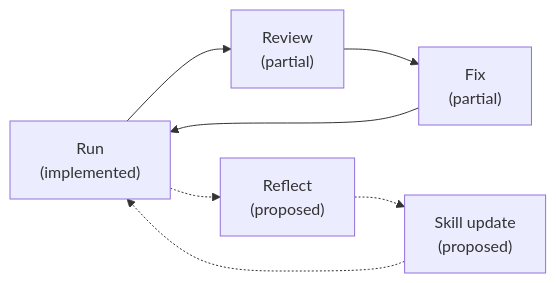
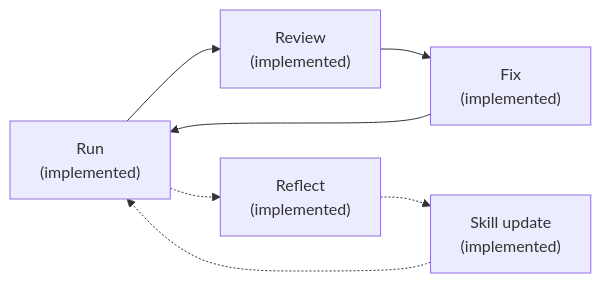
One commit to bumstone/Causality changed the third of 4 diagrams in README.md. Above: the diagram before and after it, drawn with Mermaid. The commit also changed other lines of this file and 1 other file, not shown here.

First line of the commit message:
docs: mark the self-improvement loop as implemented in README (EN/KO)

````diff
--- a/README.md
+++ b/README.md
@@ -127,9 +127,9 @@
 ```mermaid
 flowchart LR
-    RUN["Run<br/>(implemented)"] --> REVIEW["Review<br/>(partial)"]
-    REVIEW --> FIX["Fix<br/>(partial)"]
+    RUN["Run<br/>(implemented)"] --> REVIEW["Review<br/>(implemented)"]
+    REVIEW --> FIX["Fix<br/>(implemented)"]
     FIX --> RUN
-    RUN -.-> REFLECT["Reflect<br/>(proposed)"]
-    REFLECT -.-> SKILL["Skill update<br/>(proposed)"]
+    RUN -.-> REFLECT["Reflect<br/>(implemented)"]
+    REFLECT -.-> SKILL["Skill update<br/>(implemented)"]
     SKILL -.-> RUN
 ```
````
